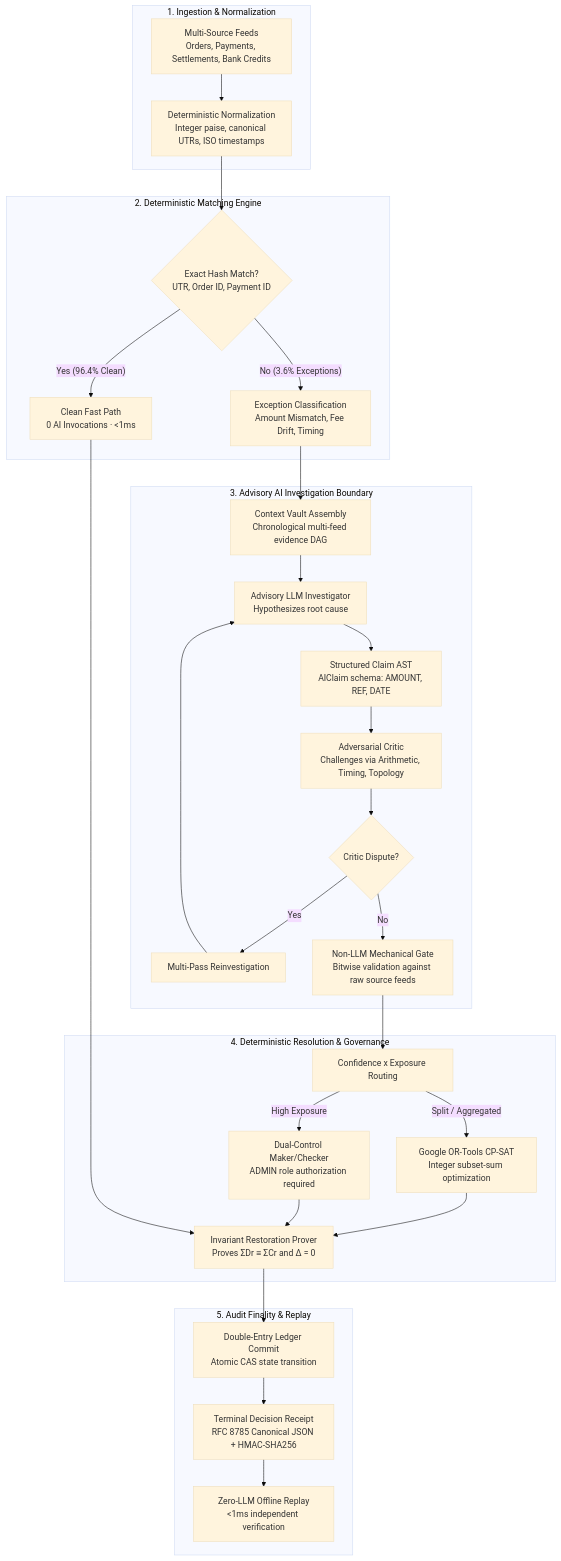
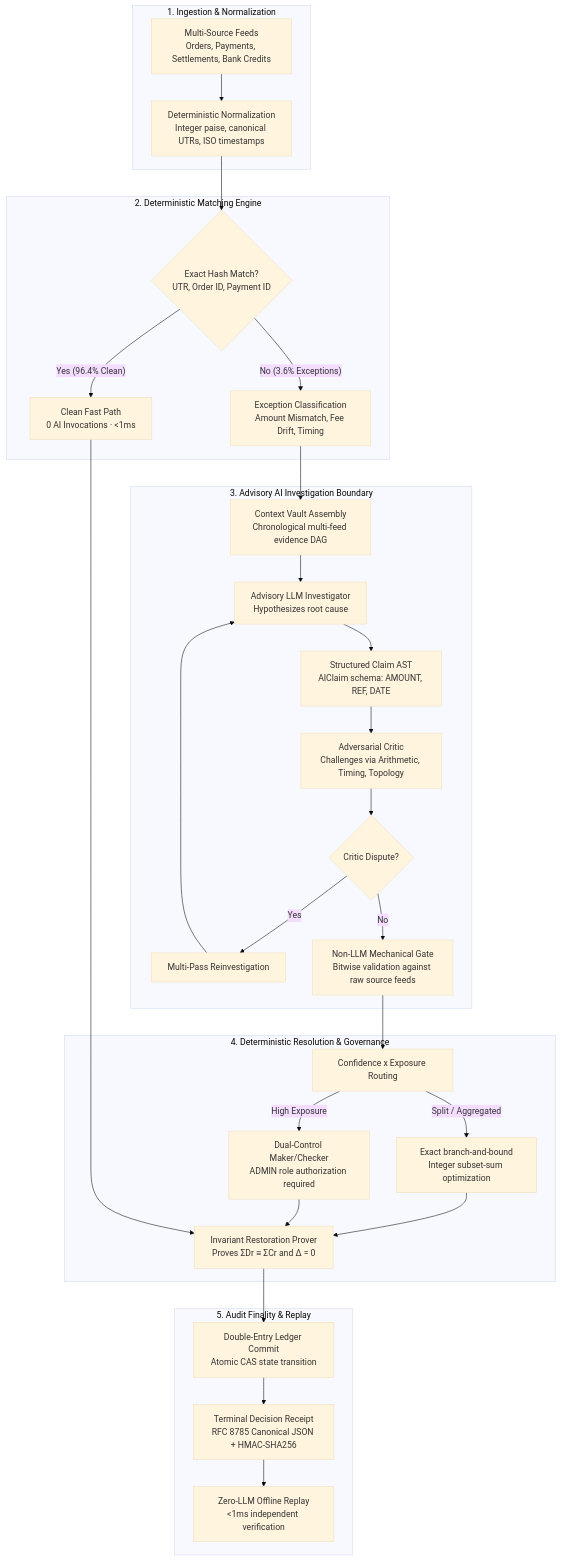
Before and after one commit to AkshayAlgoX/settlemate-ai: the diagram in README.md, drawn with Mermaid (base theme). The commit also changed other lines of this file, not shown here.

````diff
--- a/README.md
+++ b/README.md
@@ -67,38 +68,38 @@
 ```mermaid
 flowchart TD
     subgraph INGEST["1. Ingestion & Normalization"]
         A1[Multi-Source Feeds<br/>Orders, Payments, Settlements, Bank Credits] --> A2[Deterministic Normalization<br/>Integer paise, canonical UTRs, ISO timestamps]
     end
 
     subgraph MATCH["2. Deterministic Matching Engine"]
         A2 --> B1{Exact Hash Match?<br/>UTR, Order ID, Payment ID}
         B1 -- "Yes (96.4% Clean)" --> B2[Clean Fast Path<br/>0 AI Invocations · &lt;1ms]
         B1 -- "No (3.6% Exceptions)" --> C1[Exception Classification<br/>Amount Mismatch, Fee Drift, Timing]
     end
 
     subgraph INVESTIGATE["3. Advisory AI Investigation Boundary"]
         C1 --> C2[Context Vault Assembly<br/>Chronological multi-feed evidence DAG]
         C2 --> C3[Advisory LLM Investigator<br/>Hypothesizes root cause]
         C3 --> C4[Structured Claim AST<br/>AIClaim schema: AMOUNT, REF, DATE]
         C4 --> C5[Adversarial Critic<br/>Challenges via Arithmetic, Timing, Topology]
         C5 --> C6{Critic Dispute?}
         C6 -- "Yes" --> C7[Multi-Pass Reinvestigation]
         C7 --> C3
         C6 -- "No" --> D1[Non-LLM Mechanical Gate<br/>Bitwise validation against raw source feeds]
     end
 
     subgraph RESOLVE["4. Deterministic Resolution & Governance"]
         D1 --> E1[Confidence x Exposure Routing]
-        E1 -- "Split / Aggregated" --> E2[Google OR-Tools CP-SAT<br/>Integer subset-sum optimization]
+        E1 -- "Split / Aggregated" --> E2[Exact branch-and-bound<br/>Integer subset-sum optimization]
         E1 -- "High Exposure" --> E3[Dual-Control Maker/Checker<br/>ADMIN role authorization required]
         E2 --> F1[Invariant Restoration Prover<br/>Proves ΣDr ≡ ΣCr and Δ = 0]
         E3 --> F1
         B2 --> F1
     end
 
     subgraph SEAL["5. Audit Finality & Replay"]
         F1 --> G1[Double-Entry Ledger Commit<br/>Atomic CAS state transition]
         G1 --> G2[Terminal Decision Receipt<br/>RFC 8785 Canonical JSON + HMAC-SHA256]
         G2 --> G3[Zero-LLM Offline Replay<br/>&lt;1ms independent verification]
     end
 ```
````
